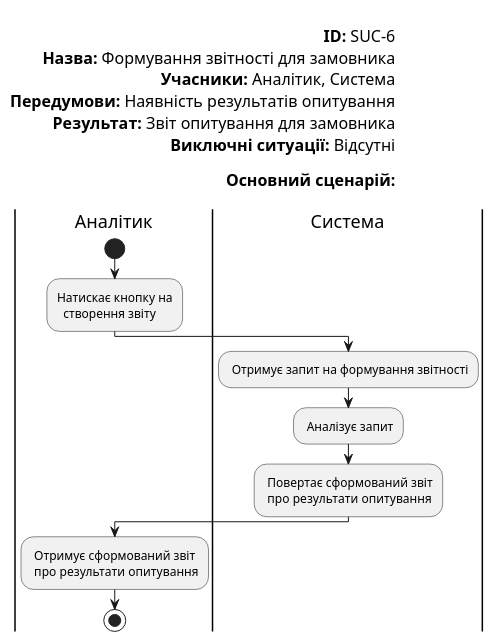
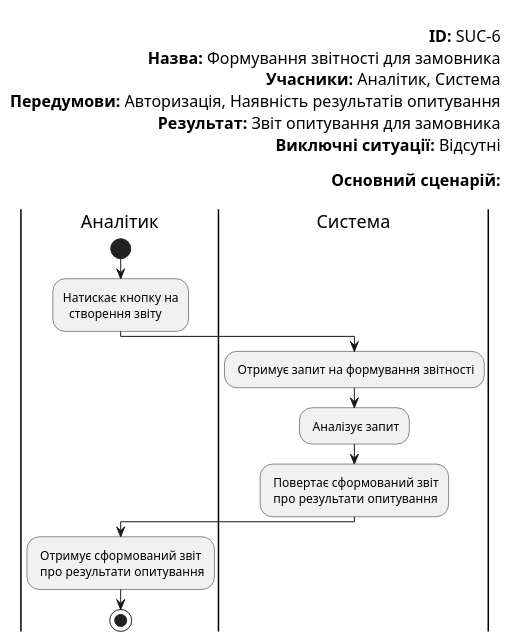
Diagram 14 of 14 in docs/use cases/README.md (JenyaFTW/expert-management-system), drawn with PlantUML before and after one commit. The commit also changed other lines of this file, not shown here.

```diff
--- a/docs/use cases/README.md
+++ b/docs/use cases/README.md
@@ -605,30 +605,30 @@
 @startuml
 
     left header
         
         <font color=000 size=16><b>ID:</b> SUC-6
         <font color=000 size=16><b>Назва:</b> Формування звітності для замовника
         <font color=000 size=16><b>Учасники:</b> Аналітик, Система
-        <font color=000 size=16><b>Передумови:</b> Наявність результатів опитування
+        <font color=000 size=16><b>Передумови:</b> Авторизація, Наявність результатів опитування
         <font color=000 size=16><b>Результат:</b> Звіт опитування для замовника
         <font color=000 size=16><b>Виключні ситуації:</b> Відсутні
         
         <font color=000 size=16><b>Основний сценарій:</b>
         
     end header
     |Аналітик|
         start
         :Натискає кнопку на 
           створення звіту;
     |Система|
         : Отримує запит на формування звітності;
         : Аналізує запит;
         : Повертає сформований звіт
          про результати опитування;
     |Аналітик|
         : Отримує сформований звіт
          про результати опитування;
         stop;
 
 
 @enduml    
```
